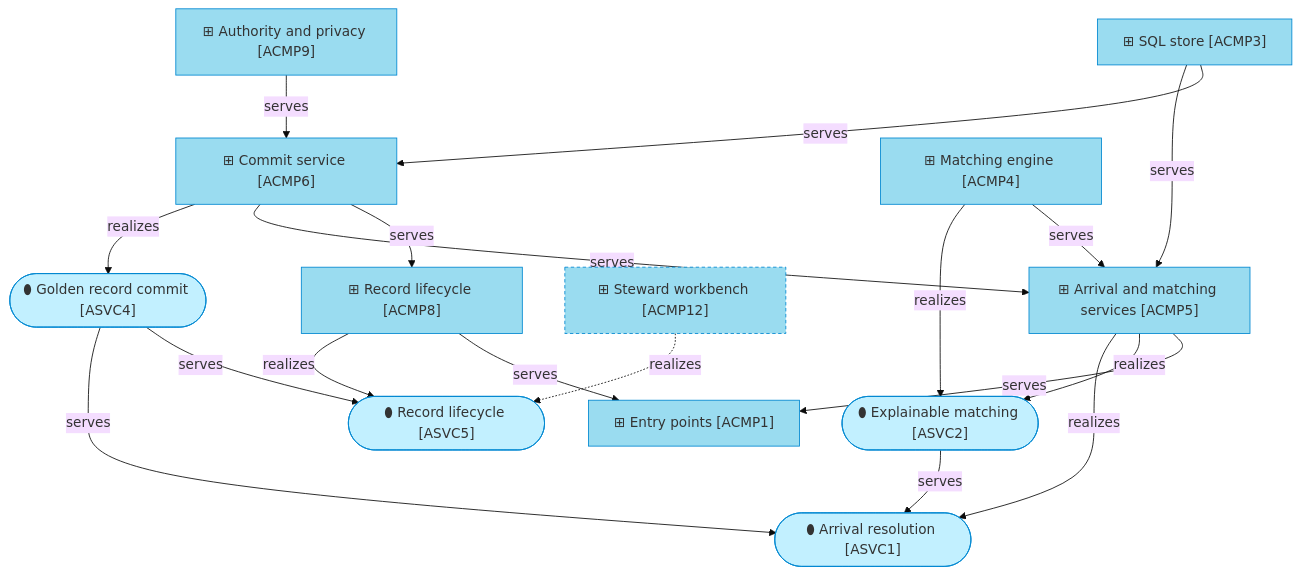
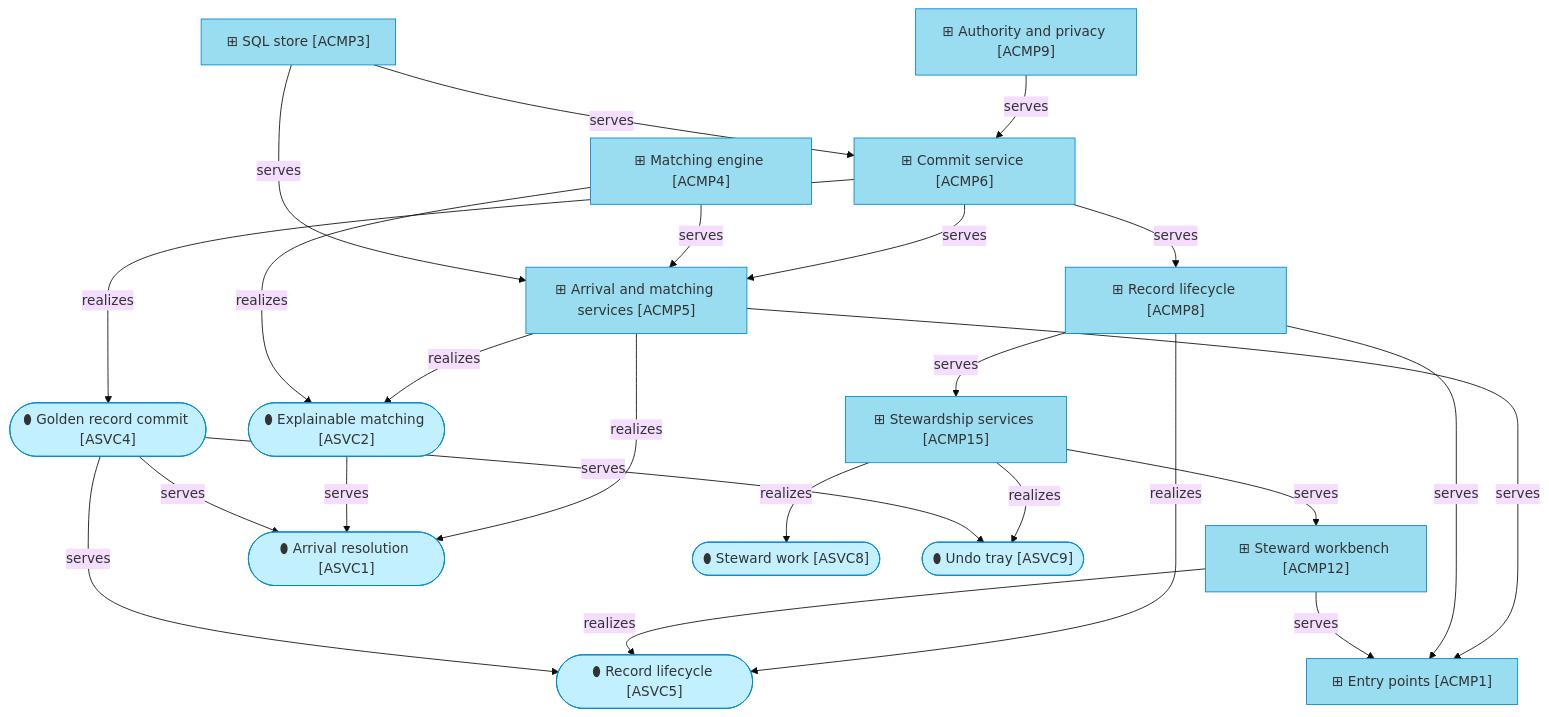
One commit to roanboc/dbx-master-data-manager changed the second of 2 diagrams in architecture/4_application/README.md. Above: the diagram before and after it, drawn with Mermaid (base theme). The commit also changed other lines of this file and 43 other files, not shown here.

First line of the commit message:
docs: plan the steward workbench and model its first story (initiative 3)

````diff
--- a/architecture/4_application/README.md
+++ b/architecture/4_application/README.md
@@ -53,39 +53,47 @@
 ```mermaid
 flowchart TB
   acmp1["⊞ Entry points [ACMP1]"]:::component
   acmp5["⊞ Arrival and matching services [ACMP5]"]:::component
   acmp8["⊞ Record lifecycle [ACMP8]"]:::component
-  acmp12["⊞ Steward workbench [ACMP12]"]:::pending
+  acmp12["⊞ Steward workbench [ACMP12]"]:::component
+  acmp15["⊞ Stewardship services [ACMP15]"]:::component
   acmp6["⊞ Commit service [ACMP6]"]:::component
   acmp4["⊞ Matching engine [ACMP4]"]:::component
   acmp9["⊞ Authority and privacy [ACMP9]"]:::component
   acmp3["⊞ SQL store [ACMP3]"]:::component
 
   asvc1(["⬮ Arrival resolution [ASVC1]"]):::appservice
   asvc2(["⬮ Explainable matching [ASVC2]"]):::appservice
   asvc4(["⬮ Golden record commit [ASVC4]"]):::appservice
   asvc5(["⬮ Record lifecycle [ASVC5]"]):::appservice
+  asvc8(["⬮ Steward work [ASVC8]"]):::appservice
+  asvc9(["⬮ Undo tray [ASVC9]"]):::appservice
 
   acmp5 -->|realizes| asvc1
   acmp5 -->|realizes| asvc2
   acmp4 -->|realizes| asvc2
   acmp6 -->|realizes| asvc4
   acmp8 -->|realizes| asvc5
-  acmp12 -.->|realizes| asvc5
+  acmp12 -->|realizes| asvc5
+  acmp15 -->|realizes| asvc8
+  acmp15 -->|realizes| asvc9
+  asvc4 -->|serves| asvc9
   asvc2 -->|serves| asvc1
   asvc4 -->|serves| asvc1
   asvc4 -->|serves| asvc5
 
   acmp5 -->|serves| acmp1
   acmp8 -->|serves| acmp1
+  acmp12 -->|serves| acmp1
+  acmp15 -->|serves| acmp12
+  acmp8 -->|serves| acmp15
   acmp6 -->|serves| acmp5
   acmp6 -->|serves| acmp8
   acmp4 -->|serves| acmp5
   acmp9 -->|serves| acmp6
   acmp3 -->|serves| acmp5
   acmp3 -->|serves| acmp6
 
   classDef appservice fill:#c2f0ff,stroke:#0288d1,color:#333
   classDef component fill:#9adcf0,stroke:#0288d1,color:#333
-  classDef pending fill:#9adcf0,stroke:#0288d1,color:#333,stroke-dasharray: 4 3
 ```
````
